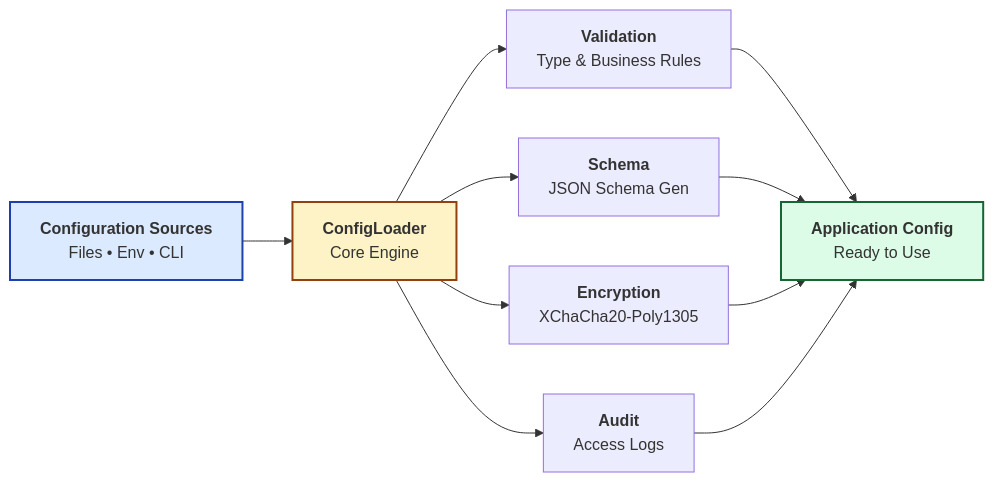
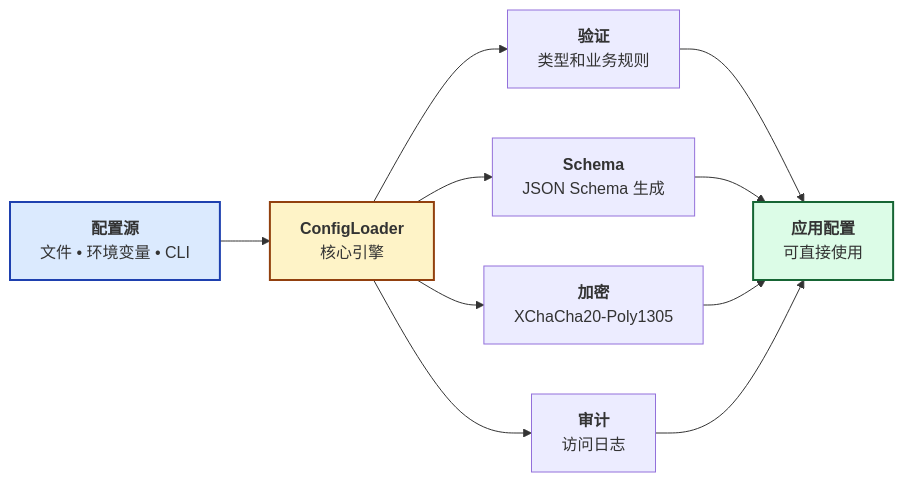
The first of 3 diagrams in README.md (Kirky-X/confers), drawn with Mermaid before and after one commit. The commit also changed other lines of this file and 2 other files, not shown here.

````diff
--- a/README.md
+++ b/README.md
@@ -162,16 +165,16 @@
 ```mermaid
 graph LR
-    A["<b>Configuration Sources</b><br/>Files • Env • CLI"] --> B["<b>ConfigLoader</b><br/>Core Engine"]
-    B --> C["<b>Validation</b><br/>Type & Business Rules"]
-    B --> D["<b>Schema</b><br/>JSON Schema Gen"]
-    B --> E["<b>Encryption</b><br/>XChaCha20-Poly1305"]
-    B --> F["<b>Audit</b><br/>Access Logs"]
-    C --> H["<b>Application Config</b><br/>Ready to Use"]
+    A["<b>配置源</b><br/>文件 • 环境变量 • CLI"] --> B["<b>ConfigLoader</b><br/>核心引擎"]
+    B --> C["<b>验证</b><br/>类型和业务规则"]
+    B --> D["<b>Schema</b><br/>JSON Schema 生成"]
+    B --> E["<b>加密</b><br/>XChaCha20-Poly1305"]
+    B --> F["<b>审计</b><br/>访问日志"]
+    C --> H["<b>应用配置</b><br/>可直接使用"]
     D --> H
     E --> H
     F --> H
 
     style A fill:#DBEAFE,stroke:#1E40AF,stroke-width:2px
     style B fill:#FEF3C7,stroke:#92400E,stroke-width:2px
     style H fill:#DCFCE7,stroke:#166534,stroke-width:2px
 ```
````
